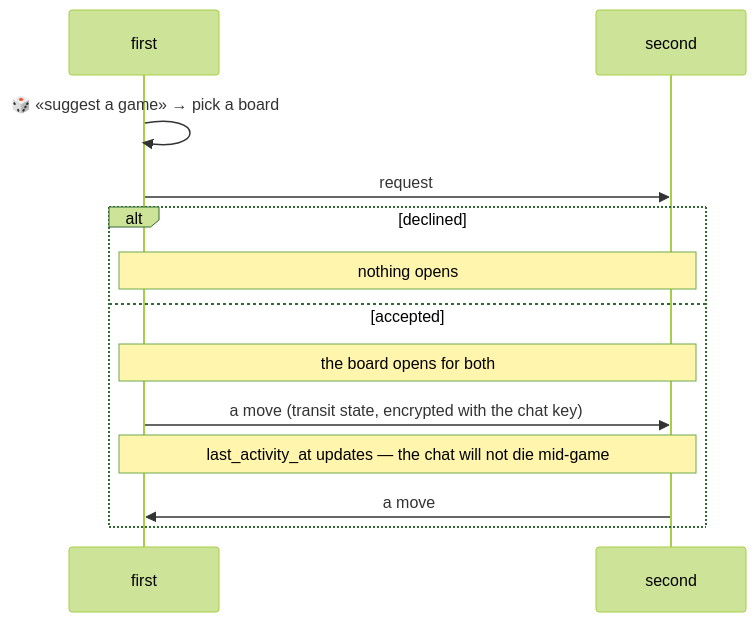
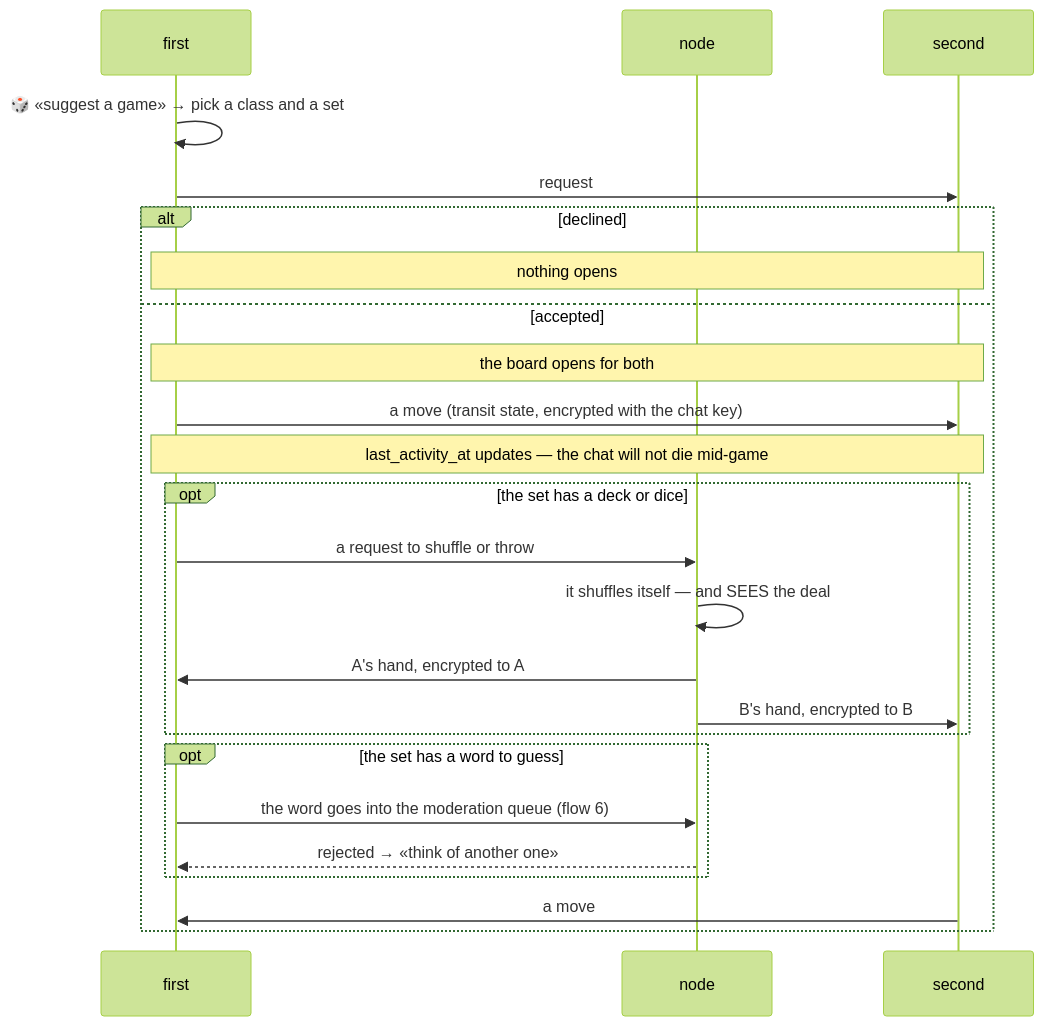
Before and after one commit to panov-id/xor.ad: diagram 20 of 29 in docs/chat-flows_EN.md, drawn with Mermaid (forest theme). The commit also changed other lines of this file and 9 other files, not shown here.

First line of the commit message:
Walk every flow against the decisions, and write down what proves them

````diff
--- a/docs/chat-flows_EN.md
+++ b/docs/chat-flows_EN.md
@@ -617,15 +663,26 @@
 ```mermaid
 sequenceDiagram
   participant A as first
+  participant N as node
   participant B as second
-  A->>A: 🎲 «suggest a game» → pick a board
+  A->>A: 🎲 «suggest a game» → pick a class and a set
   A->>B: request
   alt declined
     Note over A,B: nothing opens
   else accepted
     Note over A,B: the board opens for both
     A->>B: a move #40;transit state, encrypted with the chat key#41;
     Note over A,B: last_activity_at updates — the chat will not die mid-game
+    opt the set has a deck or dice
+      A->>N: a request to shuffle or throw
+      N->>N: it shuffles itself — and SEES the deal
+      N->>A: A's hand, encrypted to A
+      N->>B: B's hand, encrypted to B
+    end
+    opt the set has a word to guess
+      A->>N: the word goes into the moderation queue #40;flow 6#41;
+      N-->>A: rejected → «think of another one»
+    end
     B->>A: a move
   end
 ```
````
